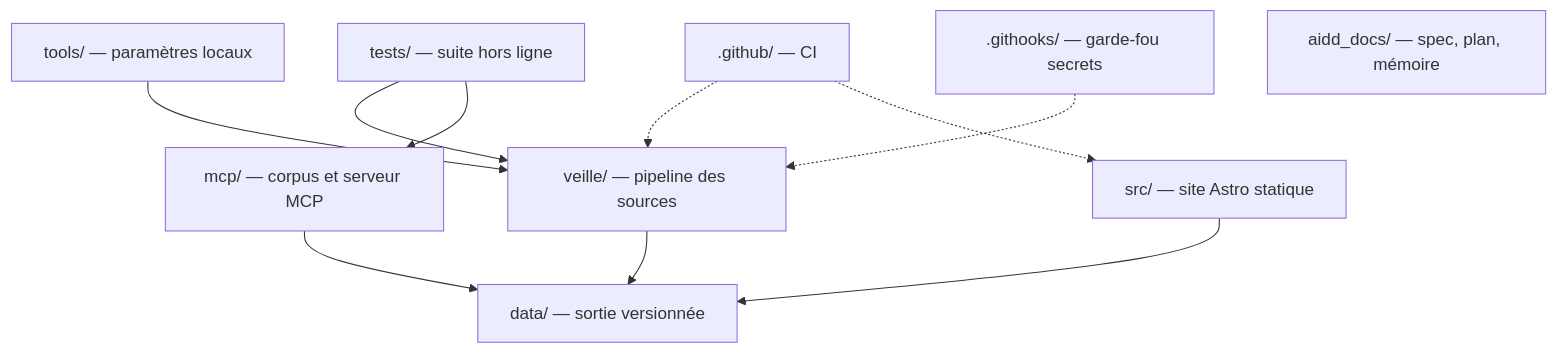
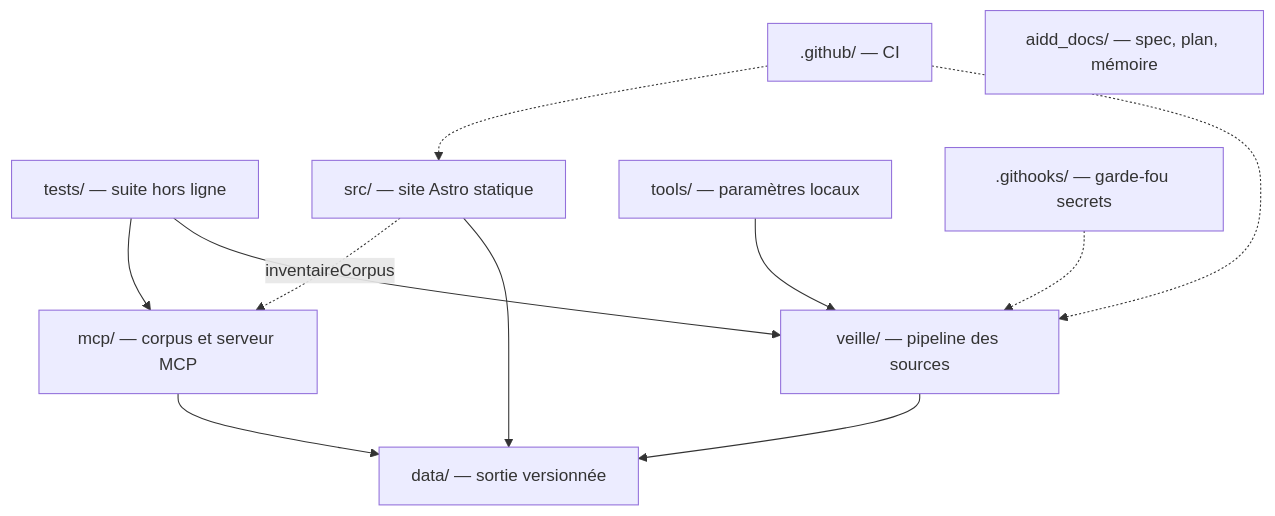
Before and after one commit to Beccariavf/vitrine: the diagram in aidd_docs/memory/codebase-map.md, drawn with Mermaid. The commit also changed other lines of this file and 8 other files, not shown here.

````diff
--- a/aidd_docs/memory/codebase-map.md
+++ b/aidd_docs/memory/codebase-map.md
@@ -5,13 +5,14 @@
 ```mermaid
 flowchart TD
     CLI["veille/ — pipeline des sources"] --> DATA["data/ — sortie versionnée"]
     TESTS["tests/ — suite hors ligne"] --> CLI
     TESTS --> MCP
     SRC["src/ — site Astro statique"] --> DATA
+    SRC -.->|inventaireCorpus| MCP
     MCP["mcp/ — corpus et serveur MCP"] --> DATA
     TOOLS["tools/ — paramètres locaux"] --> CLI
     CI[".github/ — CI"] -.-> CLI
     CI -.-> SRC
     HOOKS[".githooks/ — garde-fou secrets"] -.-> CLI
     DOCS["aidd_docs/ — spec, plan, mémoire"]
 ```
````
